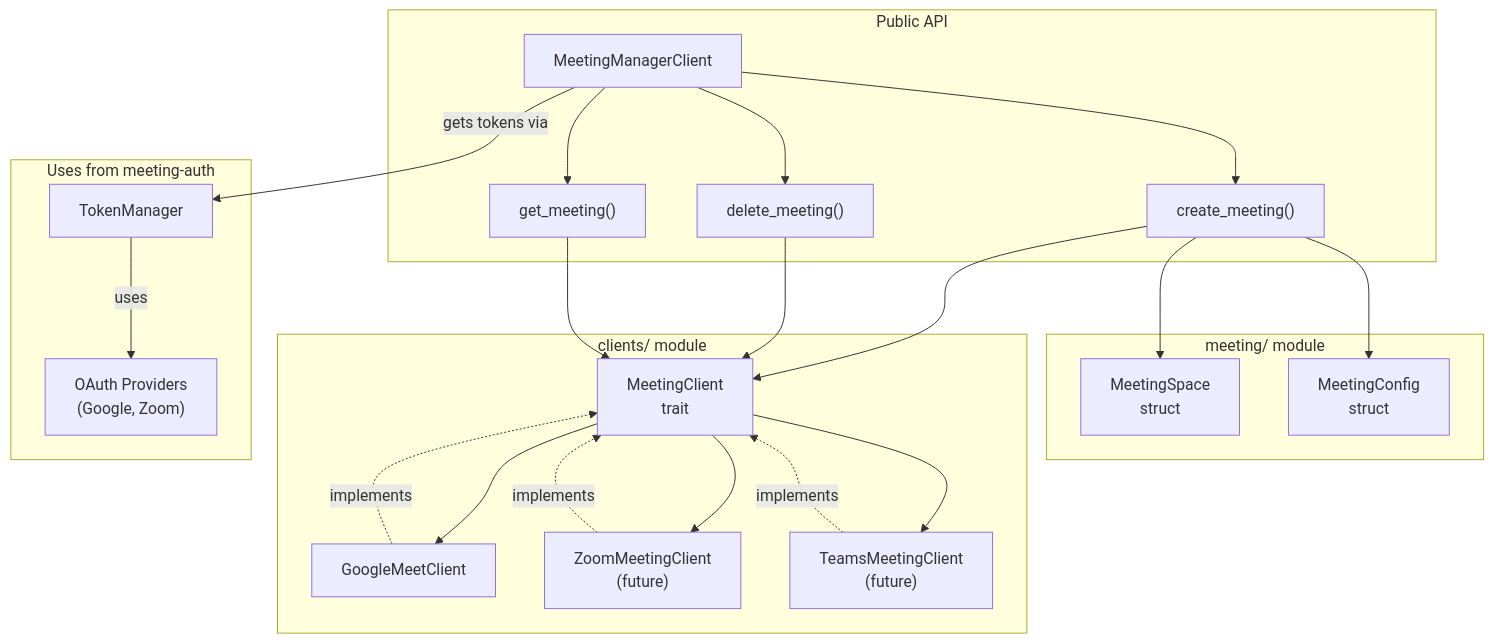
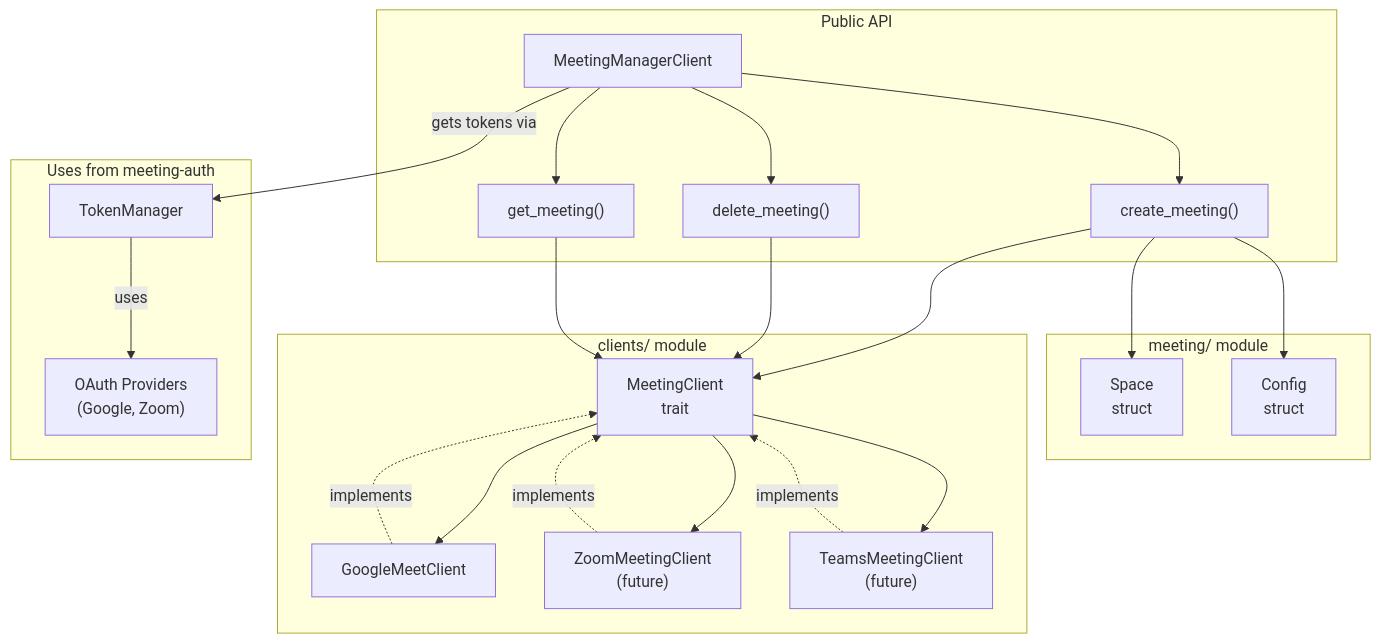
One commit to refactor-group/refactor-platform-rs changed the third of 5 diagrams in docs/implementation-plans/meeting-and-auth-abstraction-layers.md. Above: the diagram before and after it, drawn with Mermaid. The commit also changed other lines of this file, not shown here.

First line of the commit message:
Refactor meeting types and use module-level constants for API URLs

````diff
--- a/docs/implementation-plans/meeting-and-auth-abstraction-layers.md
+++ b/docs/implementation-plans/meeting-and-auth-abstraction-layers.md
@@ -230,48 +230,48 @@
 ```mermaid
 flowchart TB
     subgraph PublicAPI["Public API"]
         MeetingManagerClient["MeetingManagerClient"]
         CreateMeeting["create_meeting()"]
         DeleteMeeting["delete_meeting()"]
         GetMeeting["get_meeting()"]
     end
 
     subgraph Meeting["meeting/ module"]
-        MeetingSpace["MeetingSpace<br/>struct"]
-        MeetingConfig["MeetingConfig<br/>struct"]
+        MeetingSpace["Space<br/>struct"]
+        MeetingConfig["Config<br/>struct"]
     end
 
     subgraph Clients["clients/ module"]
         MeetingClientTrait["MeetingClient<br/>trait"]
         GoogleMeetClient["GoogleMeetClient"]
         ZoomMeetingClient["ZoomMeetingClient<br/>(future)"]
         TeamsMeetingClient["TeamsMeetingClient<br/>(future)"]
     end
 
     subgraph FromMeetingAuth["Uses from meeting-auth"]
         TokenManager["TokenManager"]
         OAuthProviders["OAuth Providers<br/>(Google, Zoom)"]
     end
 
     MeetingManagerClient --> CreateMeeting
     MeetingManagerClient --> DeleteMeeting
     MeetingManagerClient --> GetMeeting
 
     MeetingManagerClient -->|"gets tokens via"| TokenManager
     TokenManager -->|"uses"| OAuthProviders
 
     CreateMeeting --> MeetingClientTrait
     DeleteMeeting --> MeetingClientTrait
     GetMeeting --> MeetingClientTrait
 
     MeetingClientTrait --> GoogleMeetClient
     MeetingClientTrait --> ZoomMeetingClient
     MeetingClientTrait --> TeamsMeetingClient
 
     GoogleMeetClient -.->|"implements"| MeetingClientTrait
     ZoomMeetingClient -.->|"implements"| MeetingClientTrait
     TeamsMeetingClient -.->|"implements"| MeetingClientTrait
 
     CreateMeeting --> MeetingSpace
     CreateMeeting --> MeetingConfig
 ```
````
